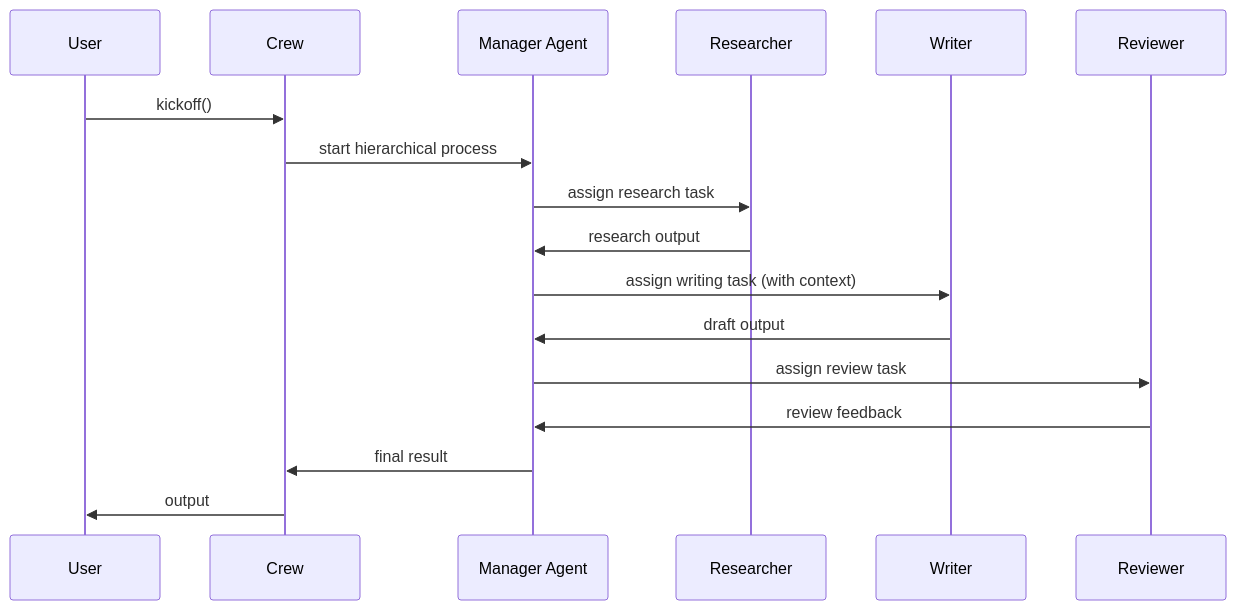
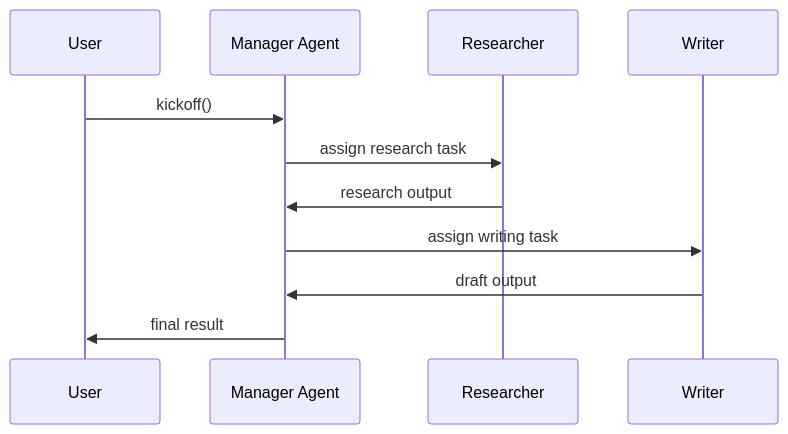
One commit to Timwood0x10/ARES changed the fifth of 7 diagrams in docs/en/framework-comparison.md. Above: the diagram before and after it, drawn with Mermaid. The commit also changed other lines of this file and 9 other files, not shown here.

````diff
--- a/docs/en/framework-comparison.md
+++ b/docs/en/framework-comparison.md
@@ -279,20 +156,14 @@
 ```mermaid
 sequenceDiagram
     participant User
-    participant Crew
     participant Manager as Manager Agent
     participant Researcher
     participant Writer
-    participant Reviewer
 
-    User->>Crew: kickoff()
-    Crew->>Manager: start hierarchical process
+    User->>Manager: kickoff()
     Manager->>Researcher: assign research task
     Researcher->>Manager: research output
-    Manager->>Writer: assign writing task (with context)
+    Manager->>Writer: assign writing task
     Writer->>Manager: draft output
-    Manager->>Reviewer: assign review task
-    Reviewer->>Manager: review feedback
-    Manager->>Crew: final result
-    Crew->>User: output
+    Manager->>User: final result
 ```
````
